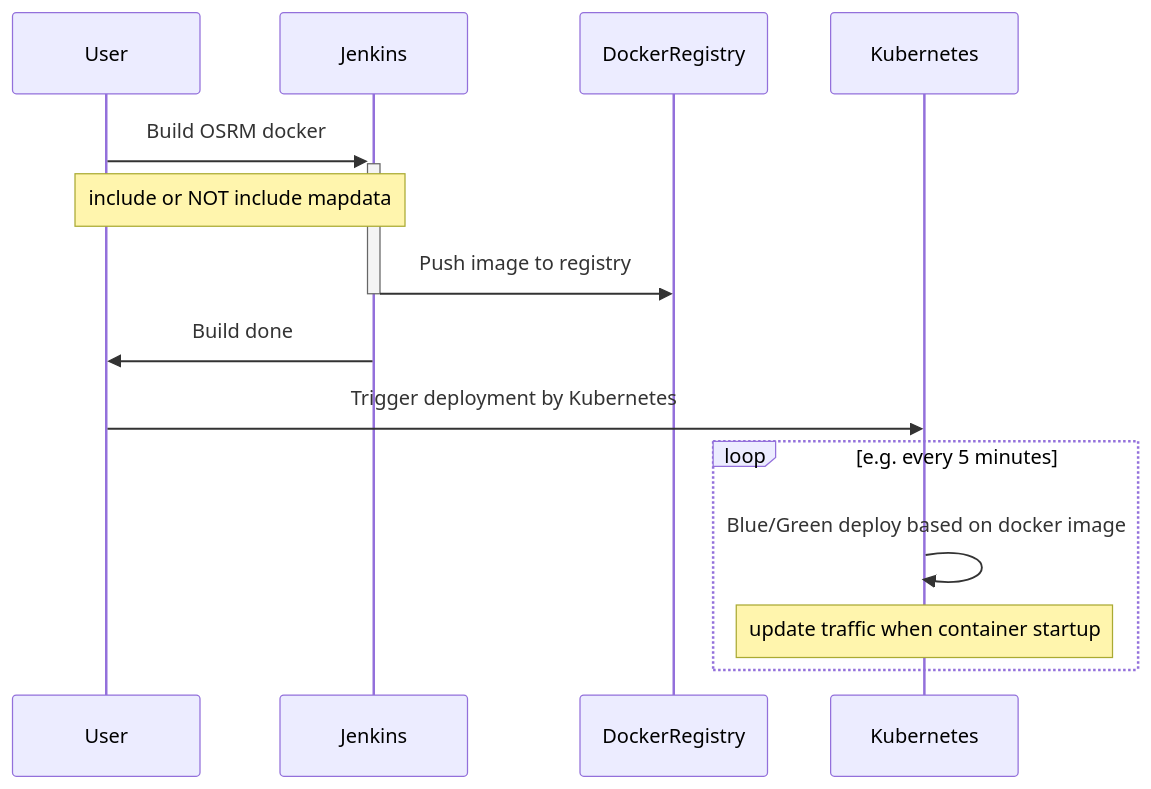
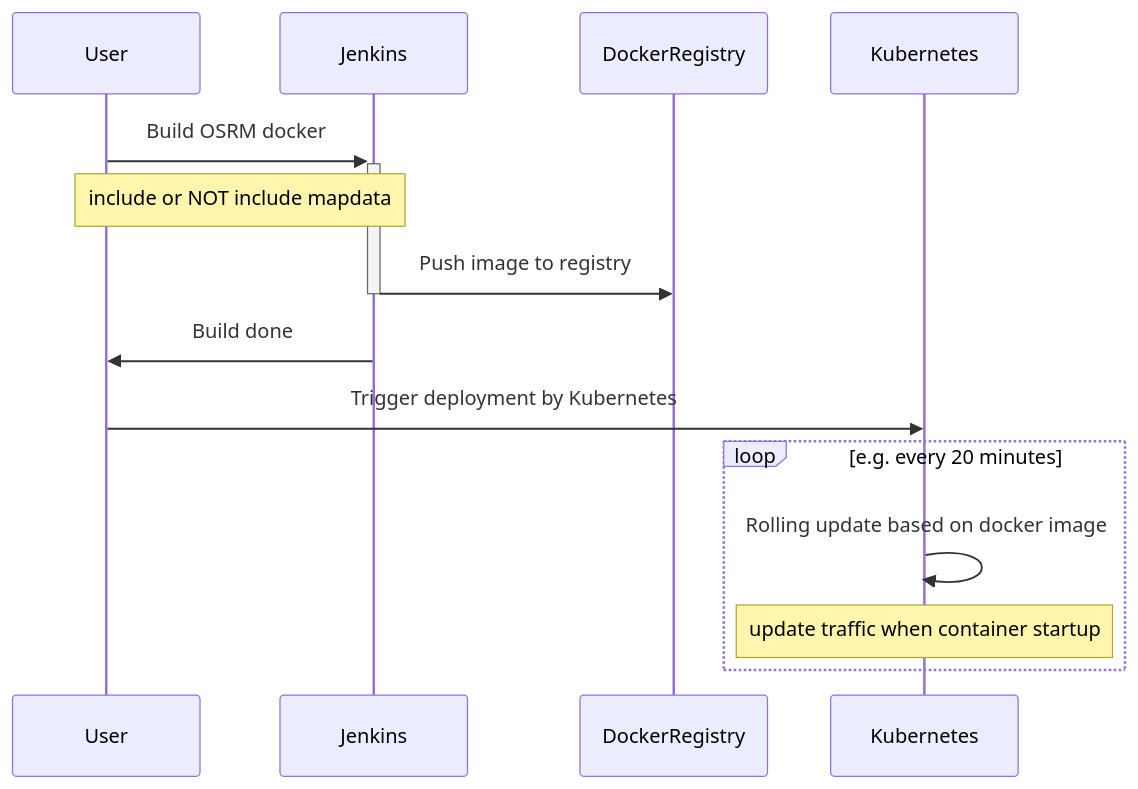
One commit to Project-OSRM/osrm-backend changed the diagram in docs/design/graph/osrm-release-deployment-pipeline.mmd. Above: the diagram before and after it, drawn with Mermaid. The commit also changed 6 other files, not shown here.

```diff
--- a/docs/design/graph/osrm-release-deployment-pipeline.mmd
+++ b/docs/design/graph/osrm-release-deployment-pipeline.mmd
@@ -1,17 +1,17 @@
 
 sequenceDiagram
     participant U as User
     participant J as Jenkins
     participant D as DockerRegistry
     participant K as Kubernetes
 
     U ->>+ J: Build OSRM docker 
     Note over U,J: include or NOT include mapdata
     J ->>- D: Push image to registry
     J ->> U: Build done
 
     U ->> K: Trigger deployment by Kubernetes
-    Loop e.g. every 5 minutes
-    K ->> K: Blue/Green deploy based on docker image
+    Loop e.g. every 20 minutes
+    K ->> K: Rolling update based on docker image
     note over K: update traffic when container startup
     end
```
